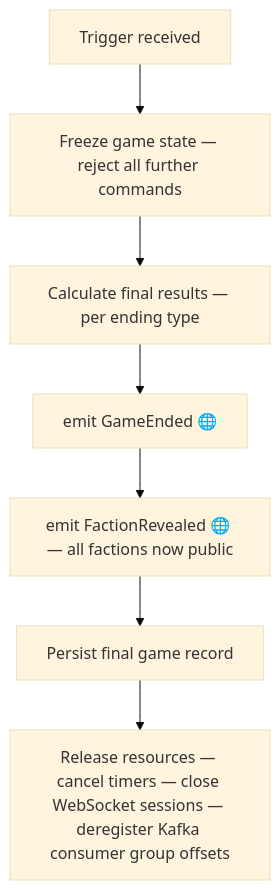
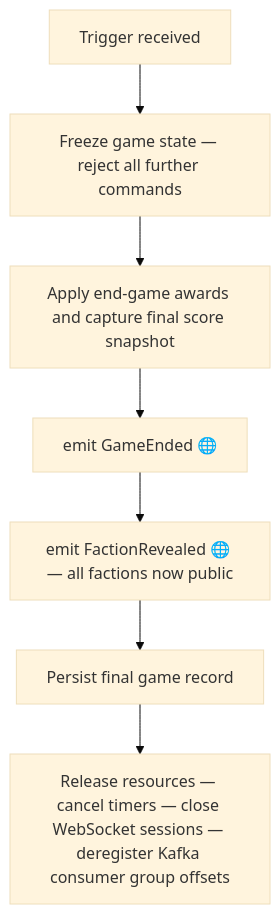
The diagram in sagas/game-end.mdx (temporal-rift/docs), drawn with Mermaid (base theme) before and after one commit. The commit also changed 2 other files, not shown here.

Commit message:
docs: clarify GameEnded final score snapshot

````diff
--- a/sagas/game-end.mdx
+++ b/sagas/game-end.mdx
@@ -12,9 +12,9 @@
 ```mermaid
 flowchart TD
   A[Trigger received] --> B[Freeze game state — reject all further commands]
-  B --> C[Calculate final results — per ending type]
+  B --> C[Apply end-game awards and capture final score snapshot]
   C --> D[emit GameEnded 🌐]
   D --> E[emit FactionRevealed 🌐 — all factions now public]
   E --> F[Persist final game record]
   F --> G[Release resources — cancel timers — close WebSocket sessions — deregister Kafka consumer group offsets]
 ```
````
